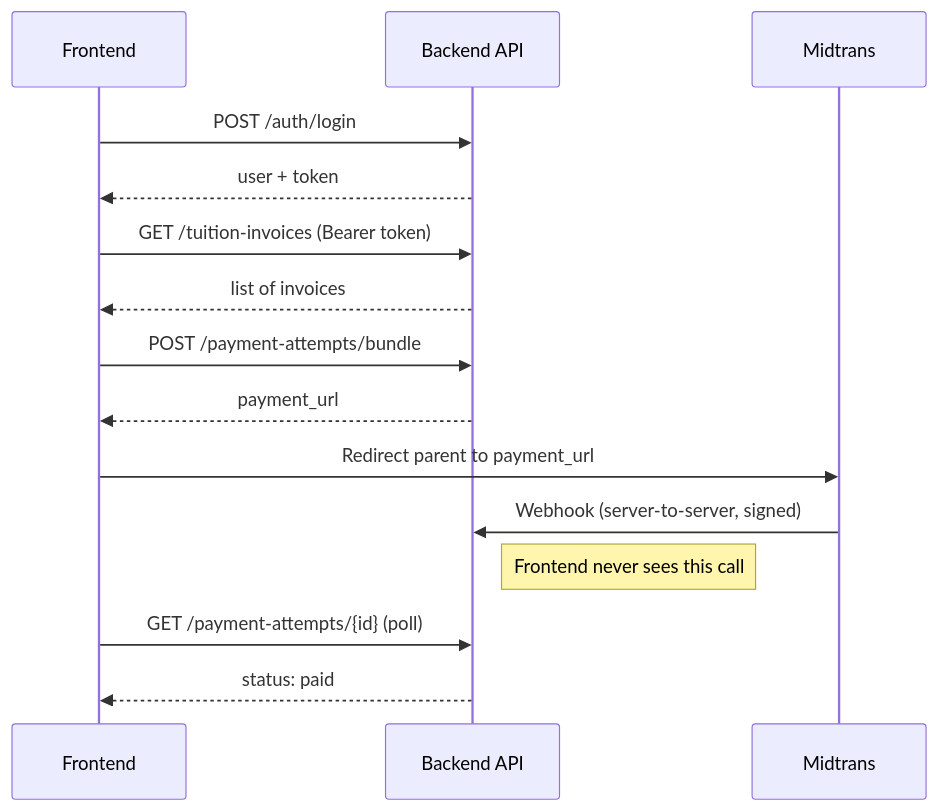
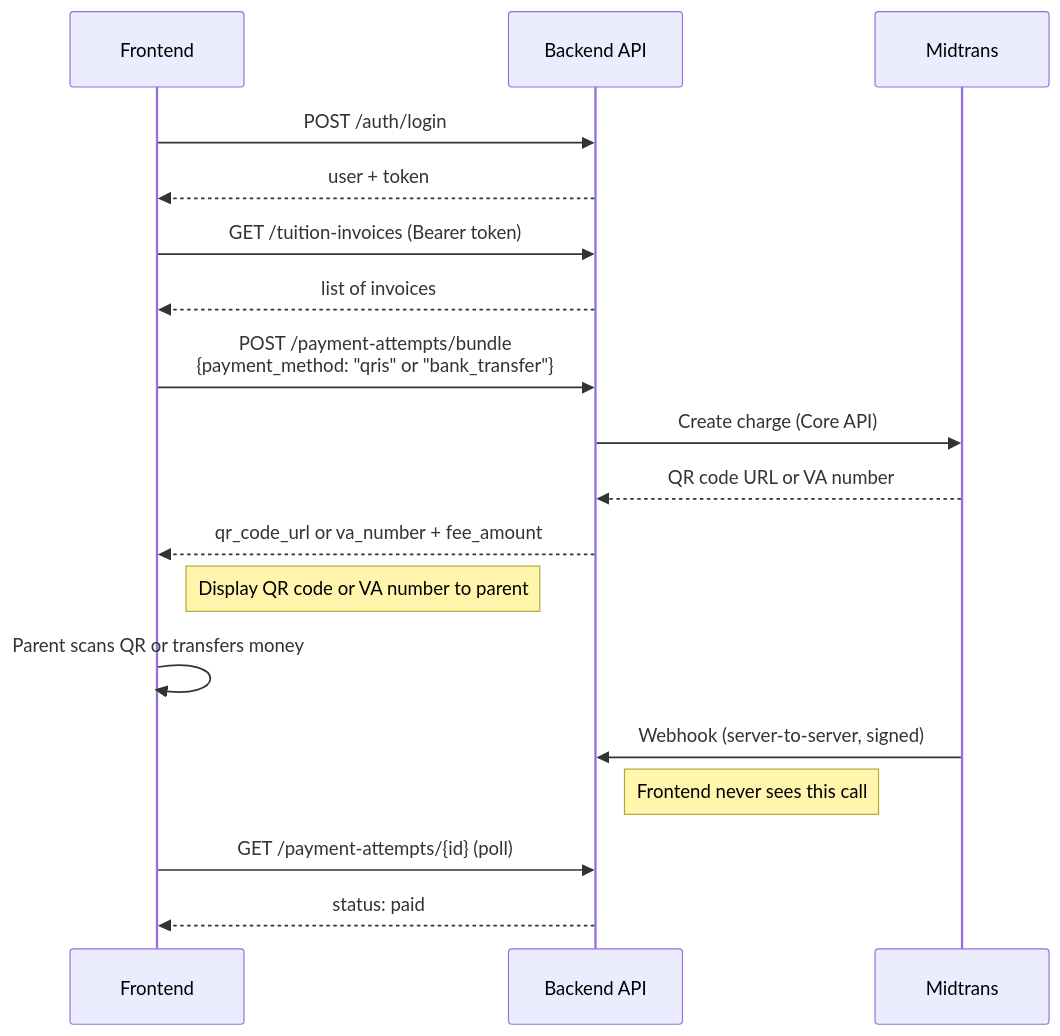
One commit to aslammaududy/alinsyirah-backend changed the fourth of 4 diagrams in simdik-al-insyirah-diagrams.md. Above: the diagram before and after it, drawn with Mermaid. The commit also changed other lines of this file, not shown here.

First line of the commit message:
docs: update architecture diagrams for Core API integration

````diff
--- a/simdik-al-insyirah-diagrams.md
+++ b/simdik-al-insyirah-diagrams.md
@@ -91,18 +94,21 @@
 ```mermaid
 sequenceDiagram
     participant FE as Frontend
     participant API as Backend API
     participant MT as Midtrans
 
     FE->>API: POST /auth/login
     API-->>FE: user + token
     FE->>API: GET /tuition-invoices (Bearer token)
     API-->>FE: list of invoices
-    FE->>API: POST /payment-attempts/bundle
-    API-->>FE: payment_url
-    FE->>MT: Redirect parent to payment_url
+    FE->>API: POST /payment-attempts/bundle<br/>{payment_method: "qris" or "bank_transfer"}
+    API->>MT: Create charge (Core API)
+    MT-->>API: QR code URL or VA number
+    API-->>FE: qr_code_url or va_number + fee_amount
+    Note right of FE: Display QR code or VA number to parent
+    FE->>FE: Parent scans QR or transfers money
     MT->>API: Webhook (server-to-server, signed)
     Note right of API: Frontend never sees this call
     FE->>API: GET /payment-attempts/{id} (poll)
     API-->>FE: status: paid
 ```
````
